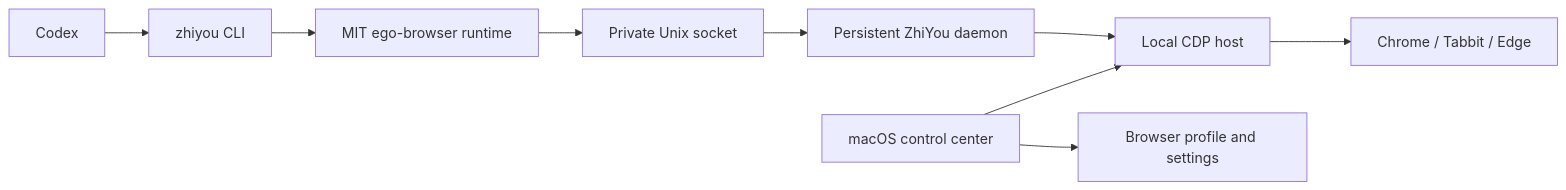
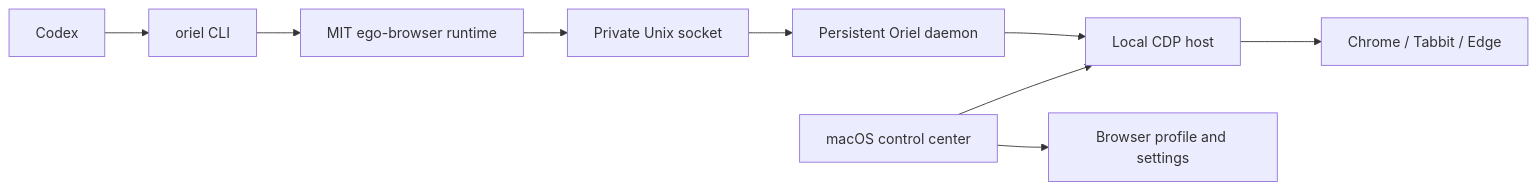
One commit to yangjinmin666/oriel-browser changed the diagram in README.md. Above: the diagram before and after it, drawn with Mermaid. The commit also changed other lines of this file and 18 other files, not shown here.

````diff
--- a/README.md
+++ b/README.md
@@ -31,11 +31,11 @@
 ```mermaid
 flowchart LR
-    A["Codex"] --> B["zhiyou CLI"]
+    A["Codex"] --> B["oriel CLI"]
     B --> C["MIT ego-browser runtime"]
     C --> D["Private Unix socket"]
-    D --> E["Persistent ZhiYou daemon"]
+    D --> E["Persistent Oriel daemon"]
     E --> F["Local CDP host"]
     F --> G["Chrome / Tabbit / Edge"]
     H["macOS control center"] --> F
     H --> I["Browser profile and settings"]
 ```
````
